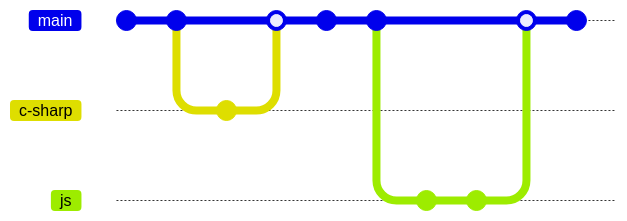
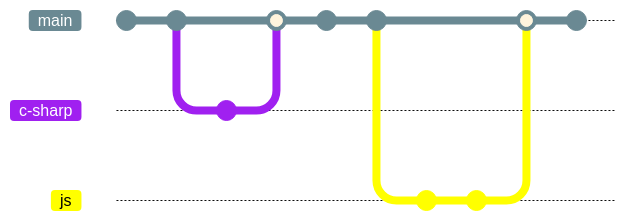
One commit to steepl/steepl changed the diagram in README.md. Above: the diagram before and after it, drawn with Mermaid. Commit ids are hidden.

Commit message:
Added custom colors to match programming language logos

````diff
--- a/README.md
+++ b/README.md
@@ -3,17 +3,25 @@
 ```mermaid
+%%{init: { 'theme': 'base', 'themeVariables': {
+              'gitBranchLabel0': '#fff',
+              'git0': '#6a8993',
+              'gitBranchLabel1': '#fff',
+              'git1': '#A020F0',
+              'gitBranchLabel2': '#000',
+              'git2': '#ffff00'
+       } } }%%
   gitGraph:
     commit
     commit
     branch c-sharp
     commit id: "Blaeu.NET"
     checkout main
     merge c-sharp
     commit
     commit
     branch js
     commit id: "digigem"
     commit id: "MagicDashboard"
     checkout main
     merge js
     commit
 ```
````
